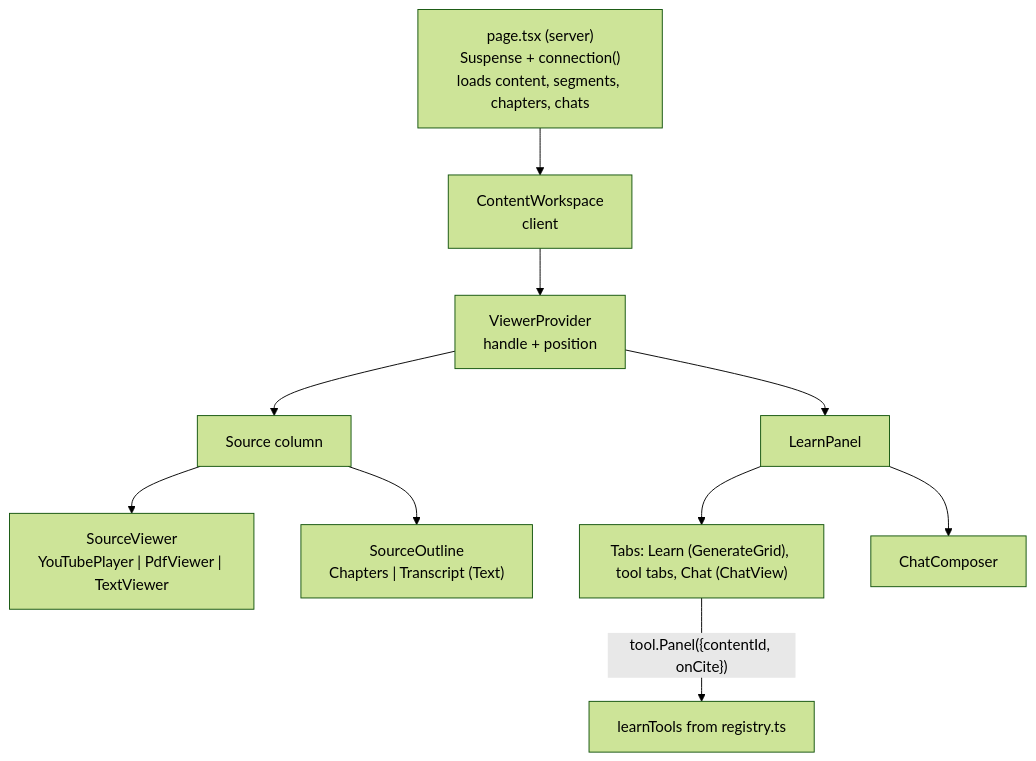
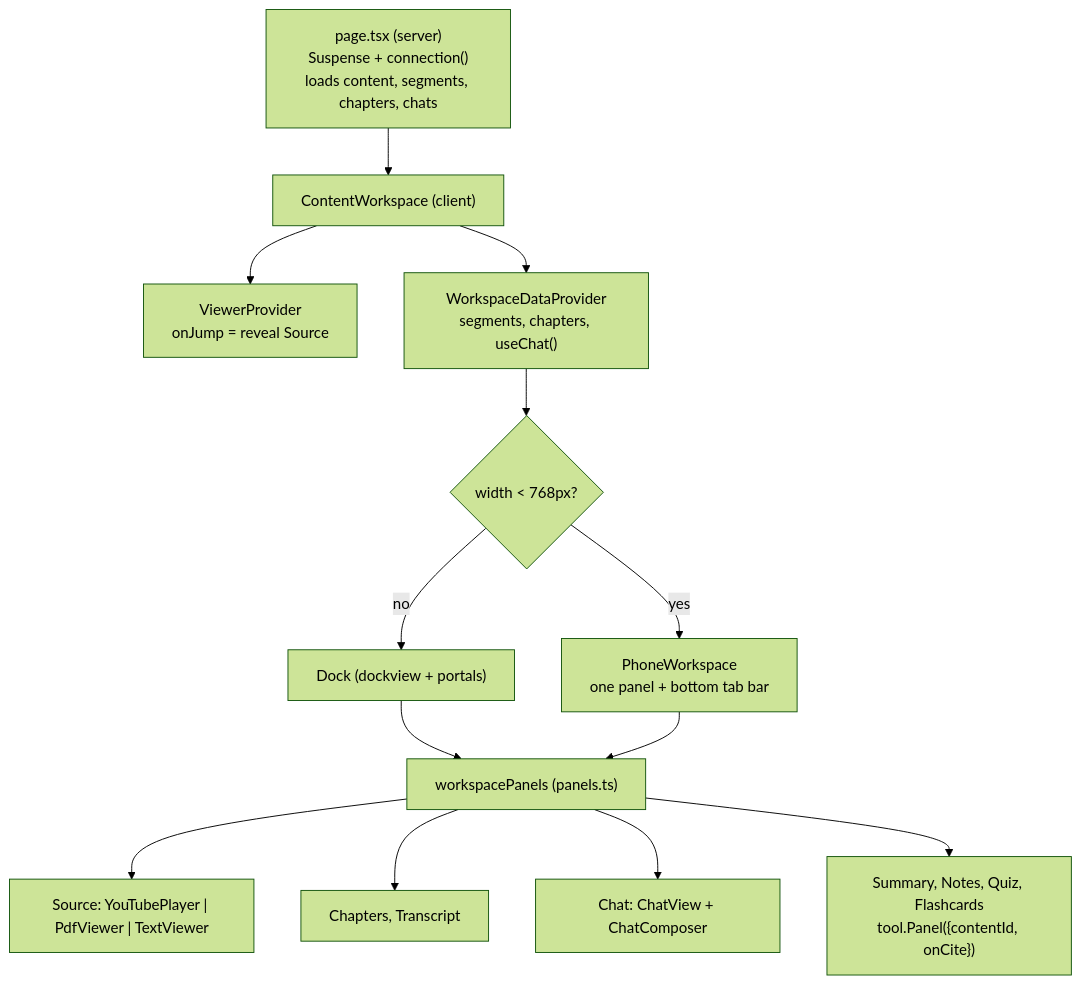
The first of 5 diagrams in docs/technical_design/07-content-page-and-chat.md (huannguyen2114/thoth), drawn with Mermaid (forest theme) before and after one commit. The commit also changed other lines of this file and 30 other files, not shown here.

````diff
--- a/docs/technical_design/07-content-page-and-chat.md
+++ b/docs/technical_design/07-content-page-and-chat.md
@@ -21,12 +25,15 @@
 ```mermaid
 flowchart TD
-  P["page.tsx (server)<br/>Suspense + connection()<br/>loads content, segments, chapters, chats"] --> W[ContentWorkspace<br/>client]
-  W --> VP[ViewerProvider<br/>handle + position]
-  VP --> SC[Source column]
-  VP --> LP[LearnPanel]
-  SC --> SV["SourceViewer<br/>YouTubePlayer | PdfViewer | TextViewer"]
-  SC --> SO["SourceOutline<br/>Chapters | Transcript (Text)"]
-  LP --> T["Tabs: Learn (GenerateGrid), tool tabs, Chat (ChatView)"]
-  LP --> CC[ChatComposer]
-  T -->|"tool.Panel({contentId, onCite})"| TOOLS[learnTools from registry.ts]
+  P["page.tsx (server)<br/>Suspense + connection()<br/>loads content, segments, chapters, chats"] --> W["ContentWorkspace (client)"]
+  W --> VP["ViewerProvider<br/>onJump = reveal Source"]
+  W --> WD["WorkspaceDataProvider<br/>segments, chapters, useChat()"]
+  WD --> M{"width < 768px?"}
+  M -->|no| D["Dock (dockview + portals)"]
+  M -->|yes| PH["PhoneWorkspace<br/>one panel + bottom tab bar"]
+  D --> R["workspacePanels (panels.ts)"]
+  PH --> R
+  R --> S["Source: YouTubePlayer | PdfViewer | TextViewer"]
+  R --> O["Chapters, Transcript"]
+  R --> C["Chat: ChatView + ChatComposer"]
+  R --> T["Summary, Notes, Quiz, Flashcards<br/>tool.Panel({contentId, onCite})"]
 ```
````
